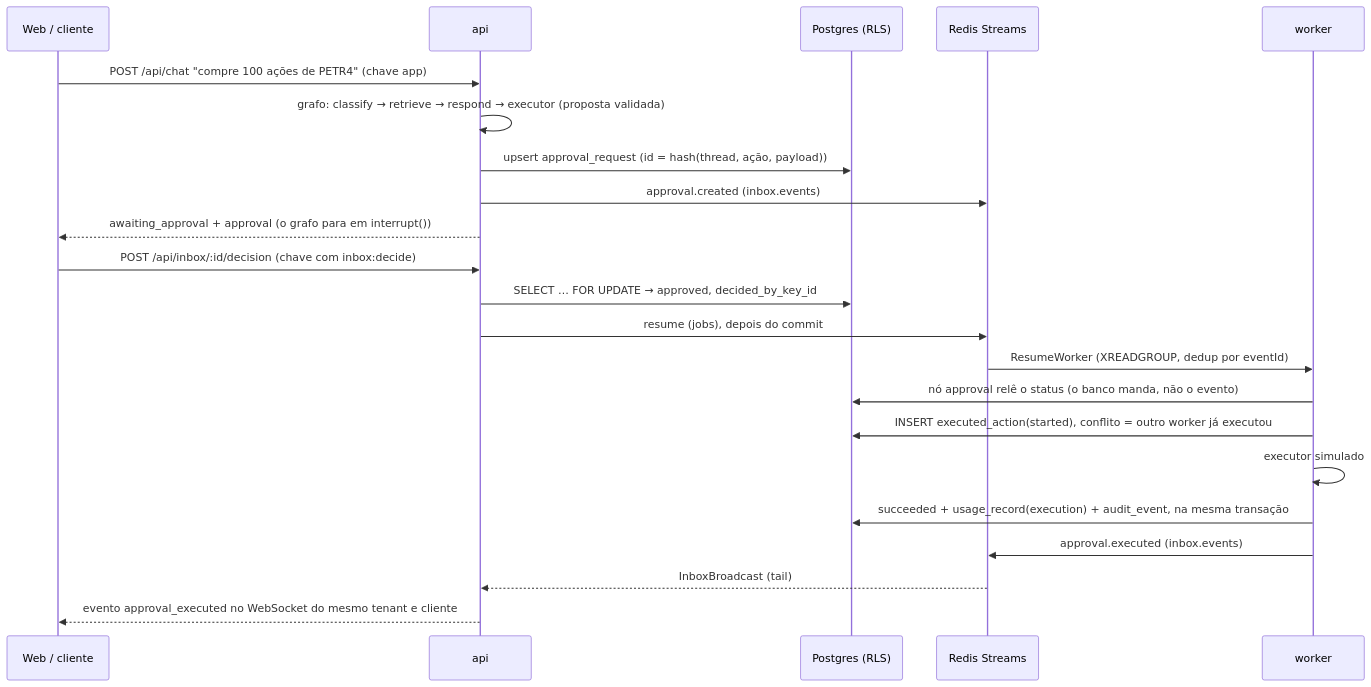
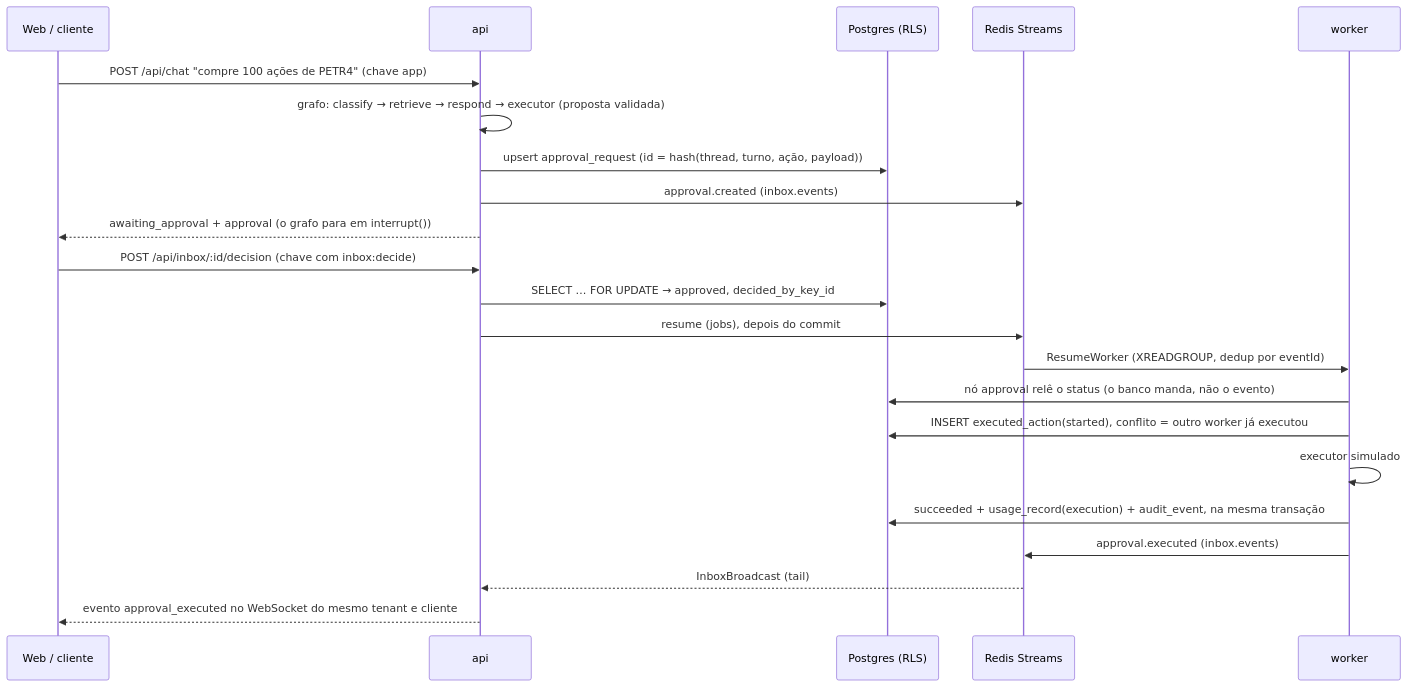
Before and after one commit to AbnerRidigolo/carina.inc: the second of 2 diagrams in README.md, drawn with Mermaid. The commit also changed other lines of this file and 1 other file, not shown here.

````diff
--- a/README.md
+++ b/README.md
@@ -167,25 +167,25 @@
 ```mermaid
 sequenceDiagram
   participant W as Web / cliente
   participant A as api
   participant DB as Postgres (RLS)
   participant R as Redis Streams
   participant K as worker
 
   W->>A: POST /api/chat "compre 100 ações de PETR4" (chave app)
   A->>A: grafo: classify → retrieve → respond → executor (proposta validada)
-  A->>DB: upsert approval_request (id = hash(thread, ação, payload))
+  A->>DB: upsert approval_request (id = hash(thread, turno, ação, payload))
   A->>R: approval.created (inbox.events)
   A-->>W: awaiting_approval + approval (o grafo para em interrupt())
   W->>A: POST /api/inbox/:id/decision (chave com inbox:decide)
   A->>DB: SELECT … FOR UPDATE → approved, decided_by_key_id
   A->>R: resume (jobs), depois do commit
   R->>K: ResumeWorker (XREADGROUP, dedup por eventId)
   K->>DB: nó approval relê o status (o banco manda, não o evento)
   K->>DB: INSERT executed_action(started), conflito = outro worker já executou
   K->>K: executor simulado
   K->>DB: succeeded + usage_record(execution) + audit_event, na mesma transação
   K->>R: approval.executed (inbox.events)
   R-->>A: InboxBroadcast (tail)
   A-->>W: evento approval_executed no WebSocket do mesmo tenant e cliente
 ```
````
